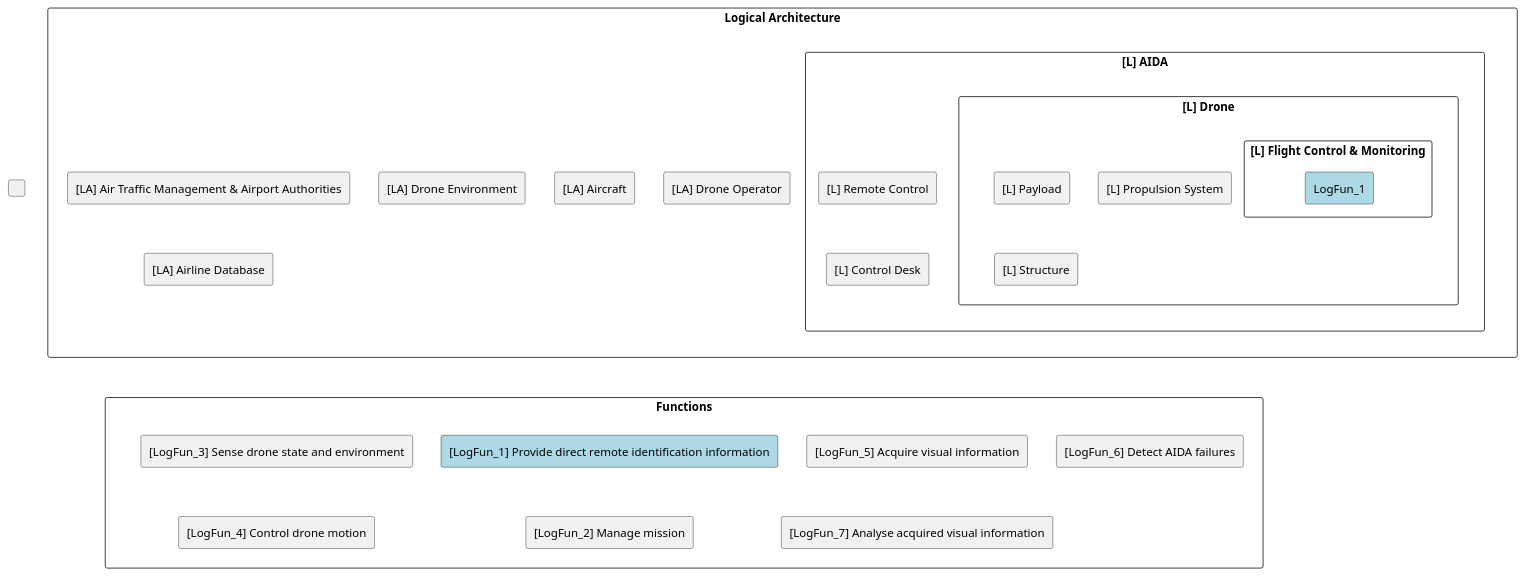
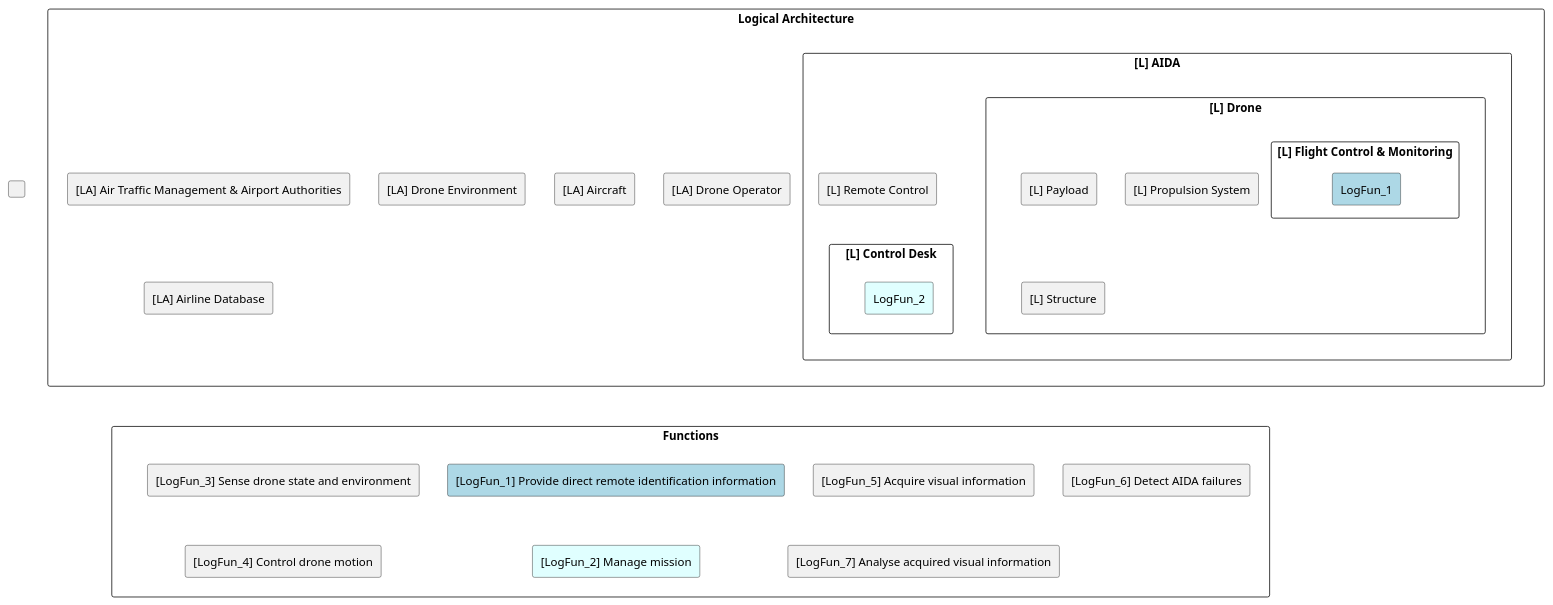
One commit to nidhal-selmi/DeciMaLExample changed the diagram in DroneDevelopment.plantuml. Above: the diagram before and after it, drawn with PlantUML.

Commit message:
Assigned Log_Fun 2

```diff
--- a/DroneDevelopment.plantuml
+++ b/DroneDevelopment.plantuml
@@ -1,41 +1,43 @@
 @startuml
 !pragma useVerticalIf on        
 rectangle LA as "Logical Architecture" {
     rectangle "[L] AIDA" {
         rectangle "[L] Drone" as Drone {
             rectangle FlightControl as "[L] Flight Control & Monitoring" {
                 rectangle "LogFun_1" #lightblue
             }
             rectangle PL as "[L] Payload"
             rectangle PS as "[L] Propulsion System"
             rectangle STR as "[L] Structure"
         }
-        rectangle DESK as "[L] Control Desk"
+        rectangle DESK as "[L] Control Desk" {
+                rectangle "LogFun_2" #LightCyan
+            }
         rectangle REMOTE as "[L] Remote Control"
     }
 DESK -[hidden]u-> REMOTE
     rectangle OP as "[LA] Drone Operator"
     rectangle MGMNT as "[LA] Air Traffic Management & Airport Authorities"
     rectangle ENV as "[LA] Drone Environment"
     rectangle AC as "[LA] Aircraft"
     rectangle DTBS as "[LA] Airline Database"
 }
 
 rectangle "Functions" as Functions {
     rectangle LF1 as "[LogFun_1] Provide direct remote identification information" #lightblue
-    rectangle LF2 as "[LogFun_2] Manage mission"
+    rectangle LF2 as "[LogFun_2] Manage mission" #LightCyan
     rectangle LF3 as "[LogFun_3] Sense drone state and environment"
     rectangle LF4 as "[LogFun_4] Control drone motion"
     rectangle LF5 as "[LogFun_5] Acquire visual information"
     rectangle LF6 as "[LogFun_6] Detect AIDA failures"
     rectangle LF7 as "[LogFun_7] Analyse acquired visual information"
 }
 LF1 -[hidden]d-> LF2
 LF3 -[hidden]d-> LF4
 rectangle HELP as " "
 HELP -[hidden]r-> LA
 HELP -[hidden]r-> Functions
 LA --[hidden]d--> Functions
 Drone -[hidden]l-> OP
 AC -[hidden]l-> Drone
 @enduml
```
